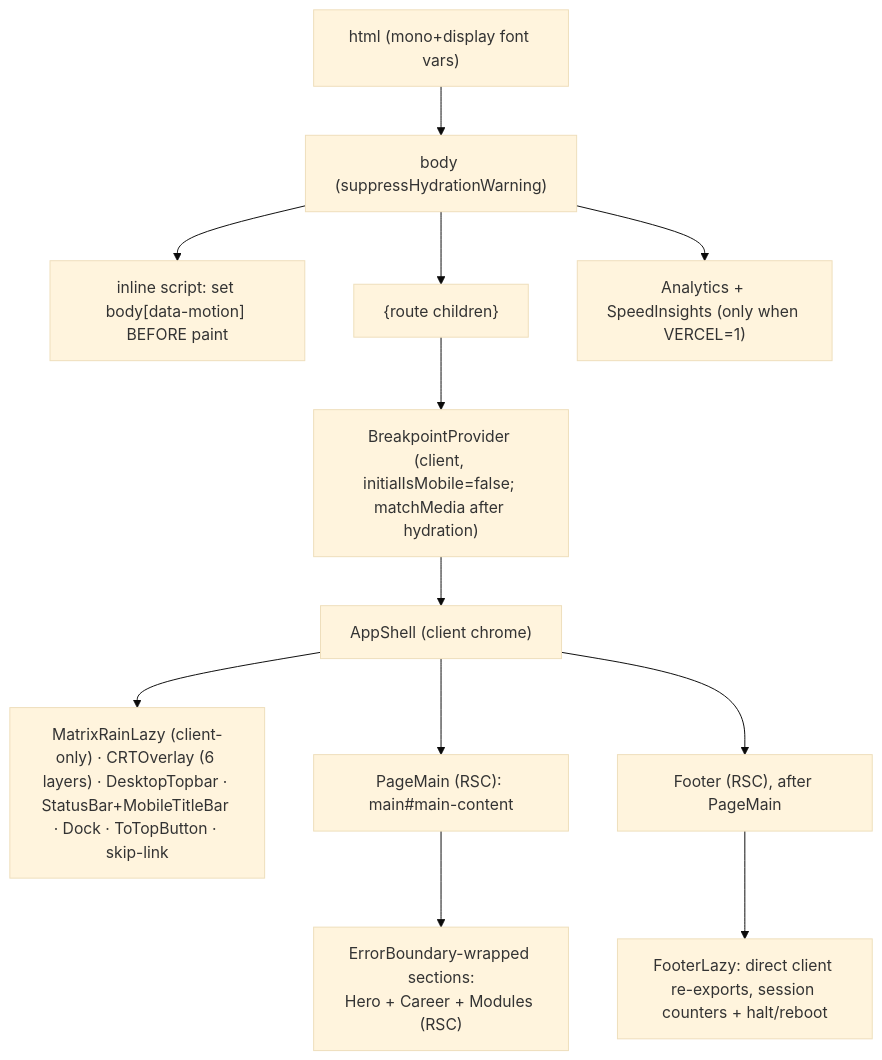
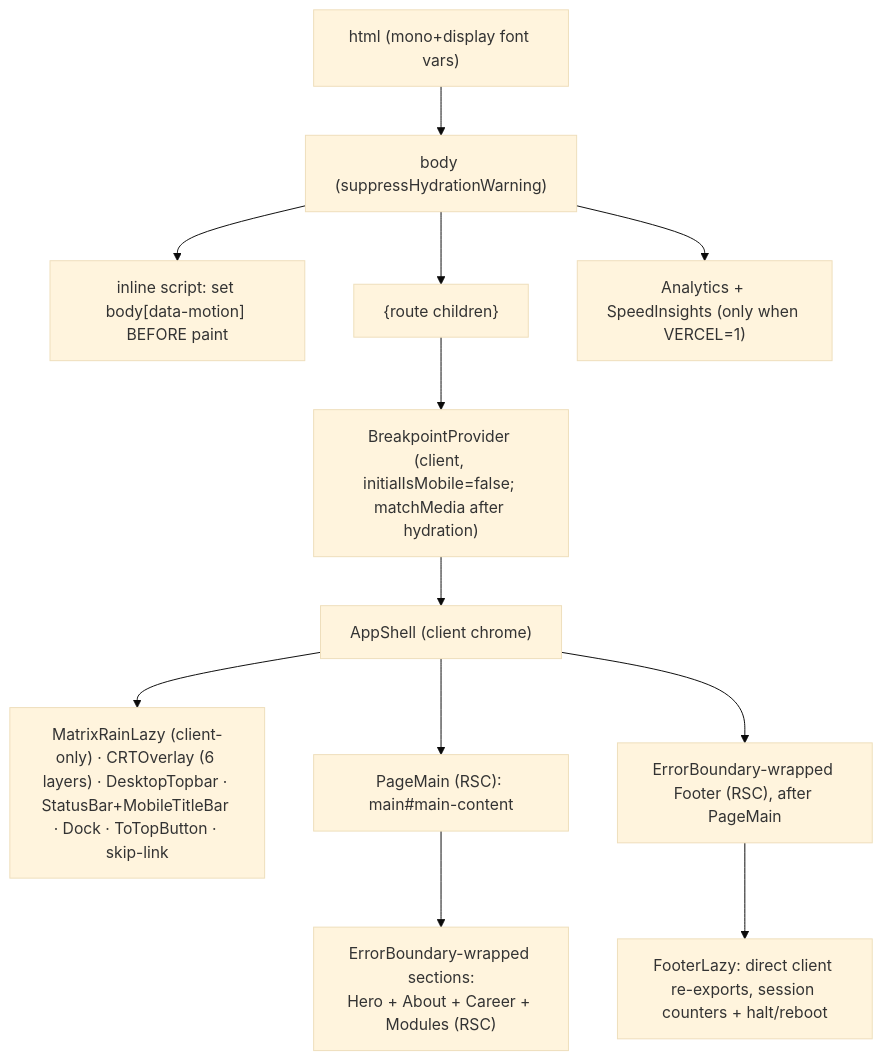
Before and after one commit to erikunha/portfolio: the second of 6 diagrams in docs/03-rendering-and-data-flow.md, drawn with Mermaid (base theme). The commit also changed other lines of this file and 66 other files, not shown here.

First line of the commit message:
feat(hero): r106 hero and about panels (#282)

````diff
--- a/docs/03-rendering-and-data-flow.md
+++ b/docs/03-rendering-and-data-flow.md
@@ -51,14 +54,14 @@
 ```mermaid
 flowchart TD
     html["html (mono+display font vars)"] --> body["body (suppressHydrationWarning)"]
     body --> boot["inline script: set body[data-motion] BEFORE paint"]
     body --> children["{route children}"]
     body --> rum["Analytics + SpeedInsights (only when VERCEL=1)"]
     children --> bp["BreakpointProvider (client, initialIsMobile=false; matchMedia after hydration)"]
     bp --> appshell["AppShell (client chrome)"]
     appshell --> chrome["MatrixRainLazy (client-only) · CRTOverlay (6 layers) · DesktopTopbar · StatusBar+MobileTitleBar · Dock · ToTopButton · skip-link"]
     appshell --> main["PageMain (RSC): main#main-content"]
-    main --> secs["ErrorBoundary-wrapped sections:<br/>Hero + Career + Modules (RSC)"]
-    appshell --> footer["Footer (RSC), after PageMain"]
+    main --> secs["ErrorBoundary-wrapped sections:<br/>Hero + About + Career + Modules (RSC)"]
+    appshell --> footer["ErrorBoundary-wrapped Footer (RSC), after PageMain"]
     footer --> footerIslands["FooterLazy: direct client re-exports, session counters + halt/reboot"]
 ```
````
